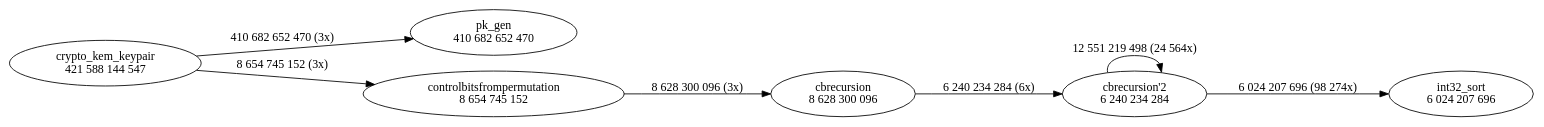
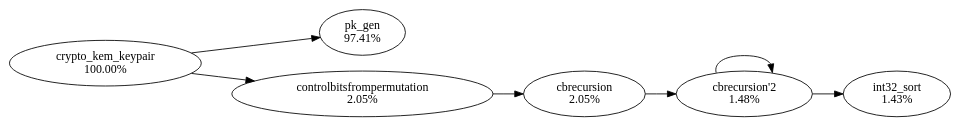
Before and after one commit to profiling-pqc-kem-thesis/data: the diagram in classic-mceliece/hot-paths/8192128f/crypto_kem_keypair.dot, drawn with Graphviz. The commit also changed 12 other files, not shown here.

```diff
--- a/classic-mceliece/hot-paths/8192128f/crypto_kem_keypair.dot
+++ b/classic-mceliece/hot-paths/8192128f/crypto_kem_keypair.dot
@@ -1,15 +1,15 @@
 digraph "callgraph" {
   rankdir=LR;
-  F5562536f5c50 [label="pk_gen\n410 682 652 470"];
-  F556253727900 [label="crypto_kem_keypair\n421 588 144 547"];
-  F5562537d7130 [label="int32_sort\n6 024 207 696"];
-  F5562537dc520 [label="controlbitsfrompermutation\n8 654 745 152"];
-  F5562537f3110 [label="cbrecursion\n8 628 300 096"];
-  F556253862500 [label="cbrecursion'2\n6 240 234 284"];
-  F556253727900 -> F5562536f5c50 [weight=3,label="410 682 652 470 (3x)"];
-  F556253727900 -> F5562537dc520 [weight=3,label="8 654 745 152 (3x)"];
-  F5562537dc520 -> F5562537f3110 [weight=3,label="8 628 300 096 (3x)"];
-  F5562537f3110 -> F556253862500 [weight=3,label="6 240 234 284 (6x)"];
-  F556253862500 -> F5562537d7130 [weight=3,label="6 024 207 696 (98 274x)"];
-  F556253862500 -> F556253862500 [weight=3,label="12 551 219 498 (24 564x)"];
+  F5562536f5c50 [label="pk_gen\n97.41%"];
+  F556253727900 [label="crypto_kem_keypair\n100.00%"];
+  F5562537d7130 [label="int32_sort\n1.43%"];
+  F5562537dc520 [label="controlbitsfrompermutation\n2.05%"];
+  F5562537f3110 [label="cbrecursion\n2.05%"];
+  F556253862500 [label="cbrecursion'2\n1.48%"];
+  F556253727900 -> F5562536f5c50
+  F556253727900 -> F5562537dc520
+  F5562537dc520 -> F5562537f3110
+  F5562537f3110 -> F556253862500
+  F556253862500 -> F5562537d7130
+  F556253862500 -> F556253862500
 }
```
